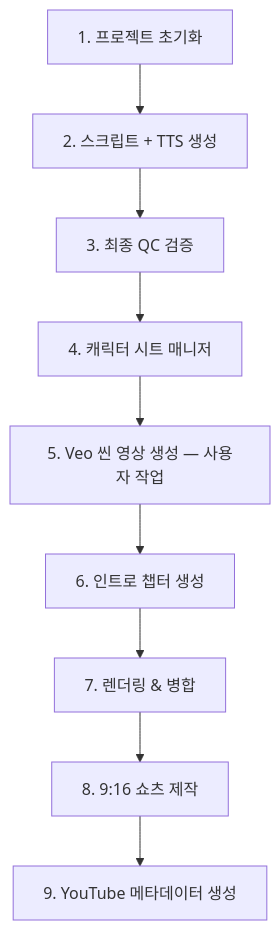
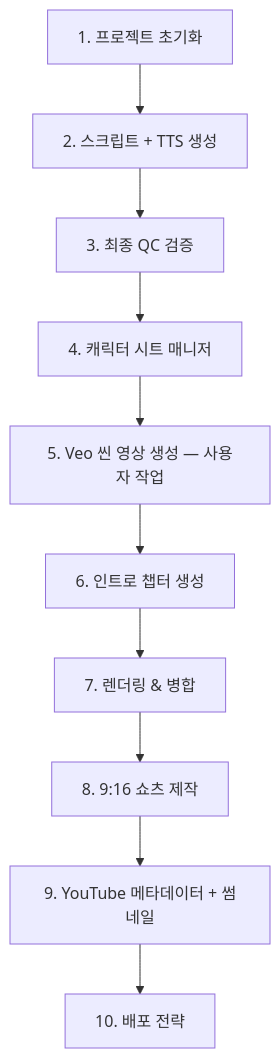
The first of 2 diagrams in docs/production_pipeline.md (gracestar0412/animation-generator), drawn with Mermaid before and after one commit. The commit also changed other lines of this file and 2 other files, not shown here.

````diff
--- a/docs/production_pipeline.md
+++ b/docs/production_pipeline.md
@@ -9,11 +9,12 @@
 ```mermaid
 graph TD
     A[1. 프로젝트 초기화] --> B[2. 스크립트 + TTS 생성]
     B --> C[3. 최종 QC 검증]
     C --> D[4. 캐릭터 시트 매니저]
     D --> E[5. Veo 씬 영상 생성 — 사용자 작업]
     E --> F[6. 인트로 챕터 생성]
     F --> G[7. 렌더링 & 병합]
     G --> H[8. 9:16 쇼츠 제작]
-    H --> I[9. YouTube 메타데이터 생성]
+    H --> I[9. YouTube 메타데이터 + 썸네일]
+    I --> J[10. 배포 전략]
 ```
````
